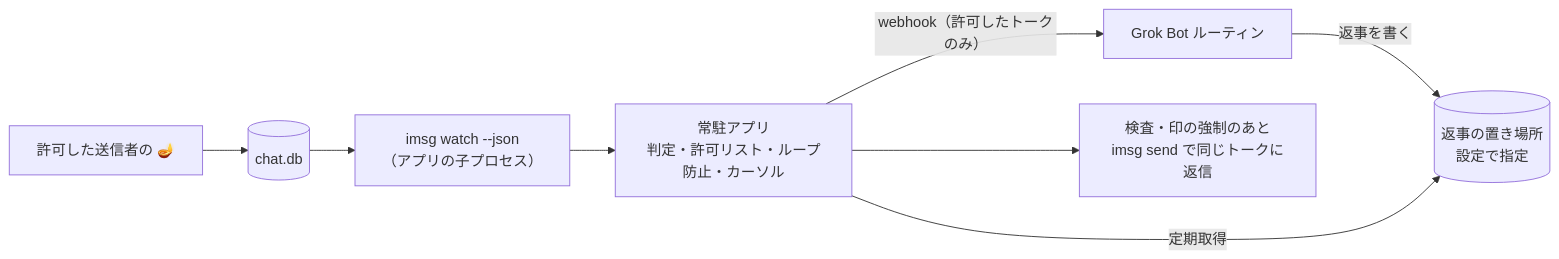
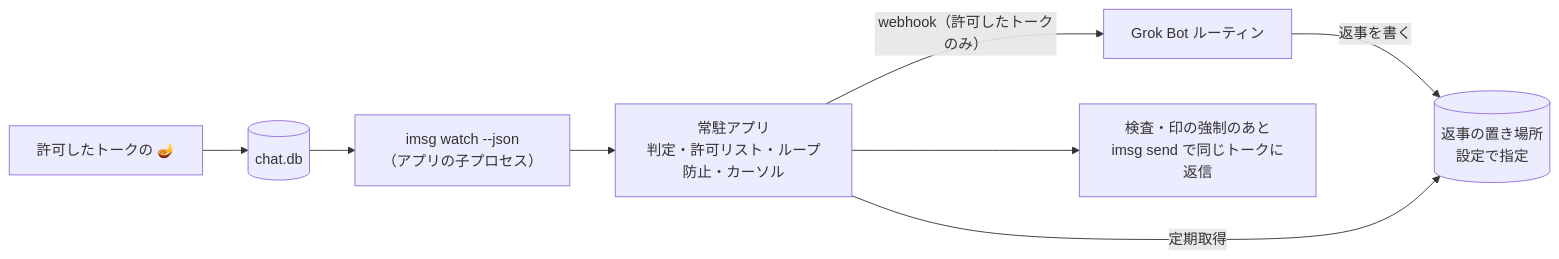
Before and after one commit to ChihiroNishioka/genie-in-messages: the diagram in SPEC.md, drawn with Mermaid. The commit also changed other lines of this file and 10 other files, not shown here.

````diff
--- a/SPEC.md
+++ b/SPEC.md
@@ -46,10 +46,10 @@
 ```mermaid
 flowchart LR
-  A[許可した送信者の 🪔] --> B[(chat.db)]
+  A[許可したトークの 🪔] --> B[(chat.db)]
   B --> C[imsg watch --json<br/>（アプリの子プロセス）]
   C --> D[常駐アプリ<br/>判定・許可リスト・ループ防止・カーソル]
   D -->|webhook（許可したトークのみ）| E[Grok Bot ルーティン]
   E -->|返事を書く| F[(返事の置き場所<br/>設定で指定)]
   D -->|定期取得| F
   D --> G[検査・印の強制のあと<br/>imsg send で同じトークに返信]
 ```
````
